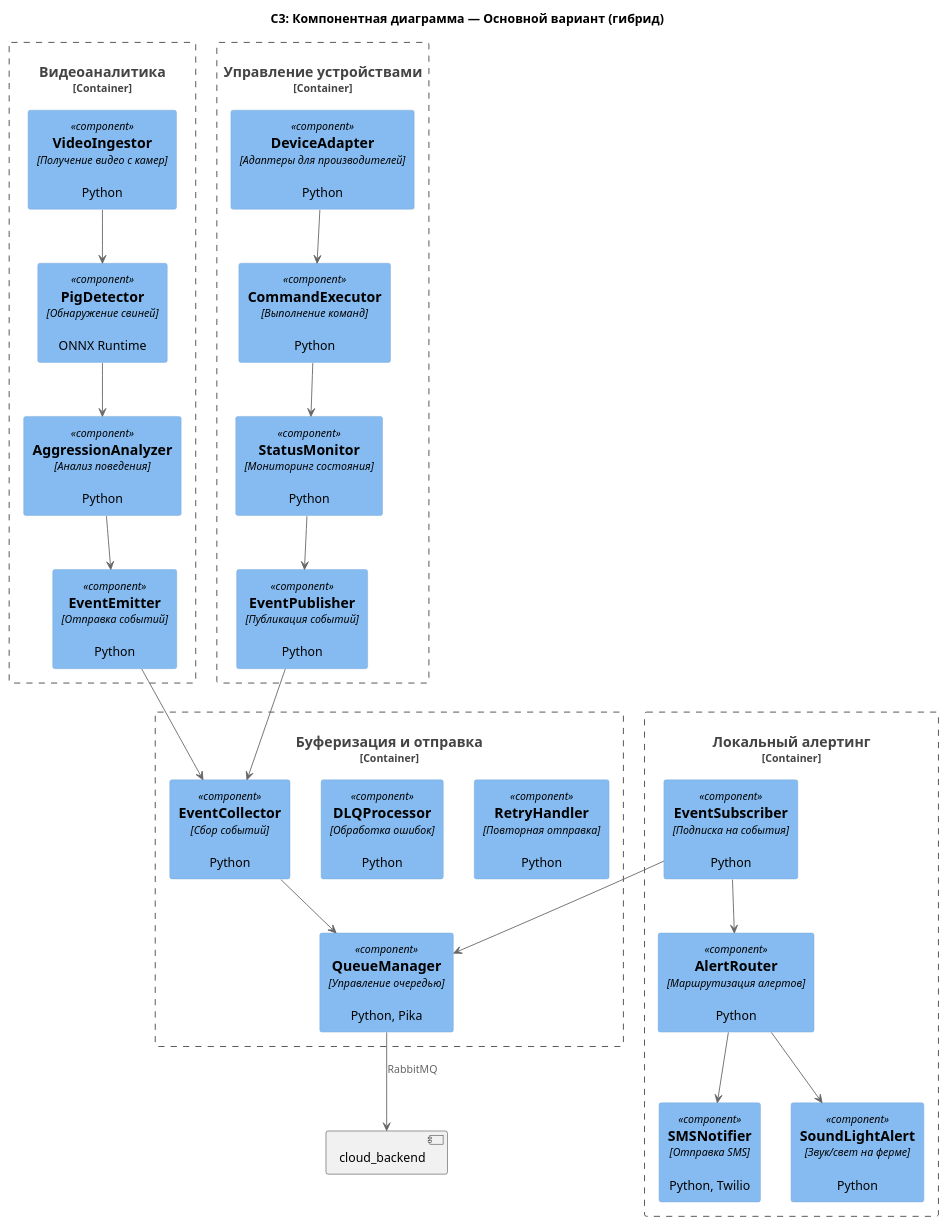
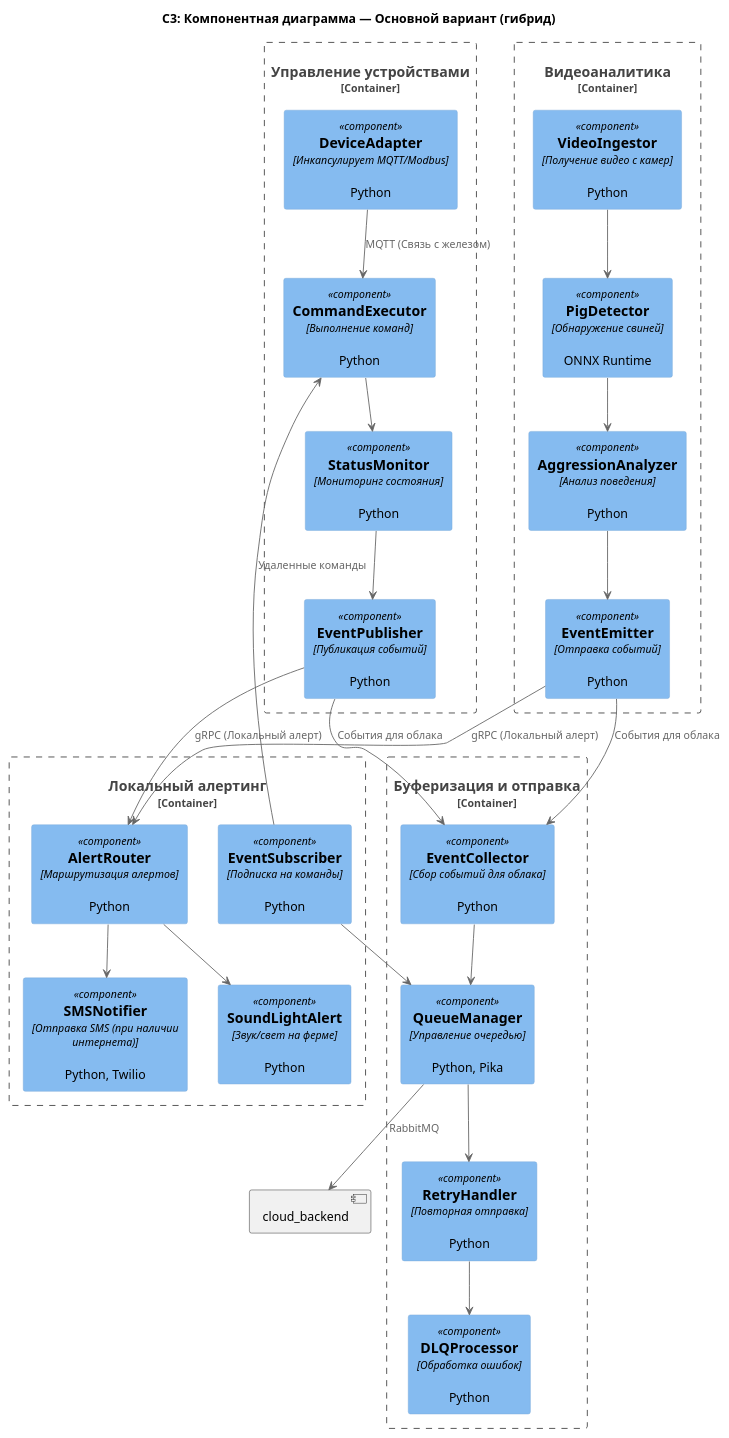
One commit to Lexxar91/MSA-AgroTech changed the diagram in Task3/diagrams/component/variant_a.puml. Above: the diagram before and after it, drawn with PlantUML. The commit also changed 6 other files, not shown here.

```diff
--- a/Task3/diagrams/component/variant_a.puml
+++ b/Task3/diagrams/component/variant_a.puml
@@ -1,54 +1,64 @@
 @startuml
 !include https://raw.githubusercontent.com/plantuml-stdlib/C4-PlantUML/master/C4_Component.puml
 
 title C3: Компонентная диаграмма — Основной вариант (гибрид)
 
 Container_Boundary(video_processor, "Видеоаналитика") {
   Component(video_ingestor, "VideoIngestor", "Получение видео с камер", "Python")
   Component(pig_detector, "PigDetector", "Обнаружение свиней", "ONNX Runtime")
   Component(aggression_analyzer, "AggressionAnalyzer", "Анализ поведения", "Python")
   Component(event_emitter, "EventEmitter", "Отправка событий", "Python")
 }
 
 Container_Boundary(device_control, "Управление устройствами") {
-  Component(device_adapter, "DeviceAdapter", "Адаптеры для производителей", "Python")
+  Component(device_adapter, "DeviceAdapter", "Инкапсулирует MQTT/Modbus", "Python")
   Component(command_executor, "CommandExecutor", "Выполнение команд", "Python")
   Component(status_monitor, "StatusMonitor", "Мониторинг состояния", "Python")
   Component(event_publisher, "EventPublisher", "Публикация событий", "Python")
 }
 
 Container_Boundary(local_alerting, "Локальный алертинг") {
   Component(alert_router, "AlertRouter", "Маршрутизация алертов", "Python")
-  Component(sms_notifier, "SMSNotifier", "Отправка SMS", "Python, Twilio")
+  Component(sms_notifier, "SMSNotifier", "Отправка SMS (при наличии интернета)", "Python, Twilio")
   Component(sound_light, "SoundLightAlert", "Звук/свет на ферме", "Python")
-  Component(event_subscriber, "EventSubscriber", "Подписка на события", "Python")
+  Component(event_subscriber, "EventSubscriber", "Подписка на команды", "Python")
 }
 
 Container_Boundary(queuing, "Буферизация и отправка") {
   Component(queue_manager, "QueueManager", "Управление очередью", "Python, Pika")
   Component(retry_handler, "RetryHandler", "Повторная отправка", "Python")
   Component(dlq_processor, "DLQProcessor", "Обработка ошибок", "Python")
-  Component(event_collector, "EventCollector", "Сбор событий", "Python")
+  Component(event_collector, "EventCollector", "Сбор событий для облака", "Python")
 }
 
 ' Внутренние связи
 video_ingestor --> pig_detector
 pig_detector --> aggression_analyzer
 aggression_analyzer --> event_emitter
-event_emitter --> event_collector
 
-device_adapter --> command_executor
+' Локальные алерты идут напрямую, минуя очередь
+event_emitter --> alert_router : gRPC (Локальный алерт)
+event_emitter --> event_collector : События для облака
+
+device_adapter --> command_executor : MQTT (Связь с железом)
 command_executor --> status_monitor
 status_monitor --> event_publisher
-event_publisher --> event_collector
+
+event_publisher --> alert_router : gRPC (Локальный алерт)
+event_publisher --> event_collector : События для облака
 
 event_collector --> queue_manager
+queue_manager --> retry_handler
+retry_handler --> dlq_processor
+
+' Подписчик нужен только для приема команд ИЗ облака
 event_subscriber --> queue_manager
-event_subscriber --> alert_router
+event_subscriber --> command_executor : Удаленные команды
+
 alert_router --> sms_notifier
 alert_router --> sound_light
 
 ' Связь с внешним миром (из C2)
 queue_manager --> [cloud_backend] : RabbitMQ
 
 @enduml
```
